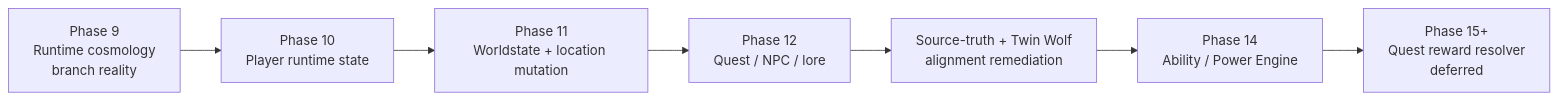
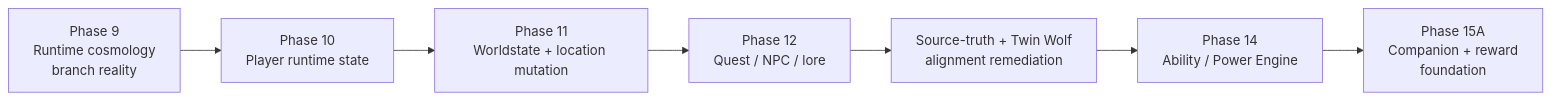
Before and after one commit to flynn33/yggdrasil-world-engine: the diagram in docs/architecture/README.md, drawn with Mermaid. The commit also changed other lines of this file and 51 other files, not shown here.

Commit message:
Add Phase 15A companion reward foundation

````diff
--- a/docs/architecture/README.md
+++ b/docs/architecture/README.md
@@ -178,12 +187,12 @@
 ```mermaid
 flowchart LR
   P9["Phase 9<br/>Runtime cosmology<br/>branch reality"]
   P10["Phase 10<br/>Player runtime state"]
   P11["Phase 11<br/>Worldstate + location mutation"]
   P12["Phase 12<br/>Quest / NPC / lore"]
   STR["Source-truth + Twin Wolf<br/>alignment remediation"]
   P14["Phase 14<br/>Ability / Power Engine"]
-  P15["Phase 15+<br/>Quest reward resolver<br/>deferred"]
+  P15A["Phase 15A<br/>Companion + reward<br/>foundation"]
 
-  P9 --> P10 --> P11 --> P12 --> STR --> P14 --> P15
+  P9 --> P10 --> P11 --> P12 --> STR --> P14 --> P15A
 ```
````
